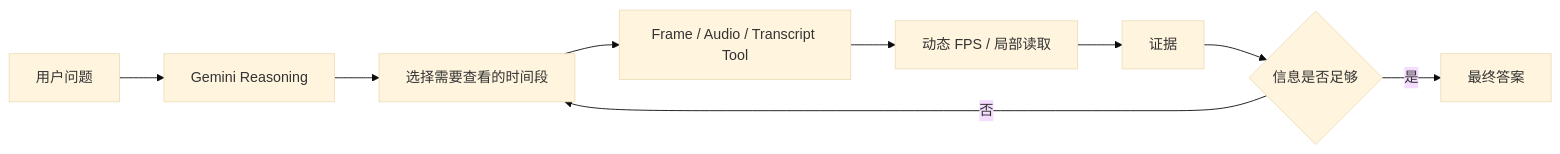
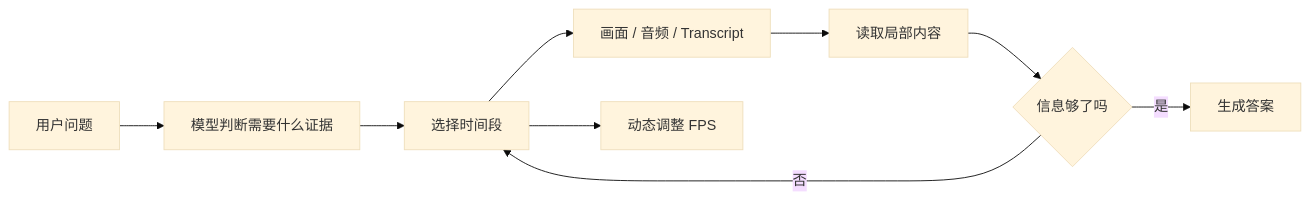
One commit to wlf186/ai-daily-headlines changed the eighth of 24 diagrams in 260902.md. Above: the diagram before and after it, drawn with Mermaid (base theme). The commit also changed other lines of this file, not shown here.

````diff
--- a/260902.md
+++ b/260902.md
@@ -402,11 +439,11 @@
 ```mermaid
 flowchart LR
-    GV1[用户问题] --> GV2[Gemini Reasoning]
-    GV2 --> GV3[选择需要查看的时间段]
-    GV3 --> GV4[Frame / Audio / Transcript Tool]
-    GV4 --> GV5[动态 FPS / 局部读取]
-    GV5 --> GV6[证据]
-    GV6 --> GV7{信息是否足够}
-    GV7 -- 否 --> GV3
-    GV7 -- 是 --> GV8[最终答案]
+    V1[用户问题] --> V2[模型判断需要什么证据]
+    V2 --> V3[选择时间段]
+    V3 --> V4[画面 / 音频 / Transcript]
+    V4 --> V5[读取局部内容]
+    V5 --> V6{信息够了吗}
+    V6 -- 否 --> V3
+    V6 -- 是 --> V7[生成答案]
+    V3 --> V8[动态调整 FPS]
 ```
````
